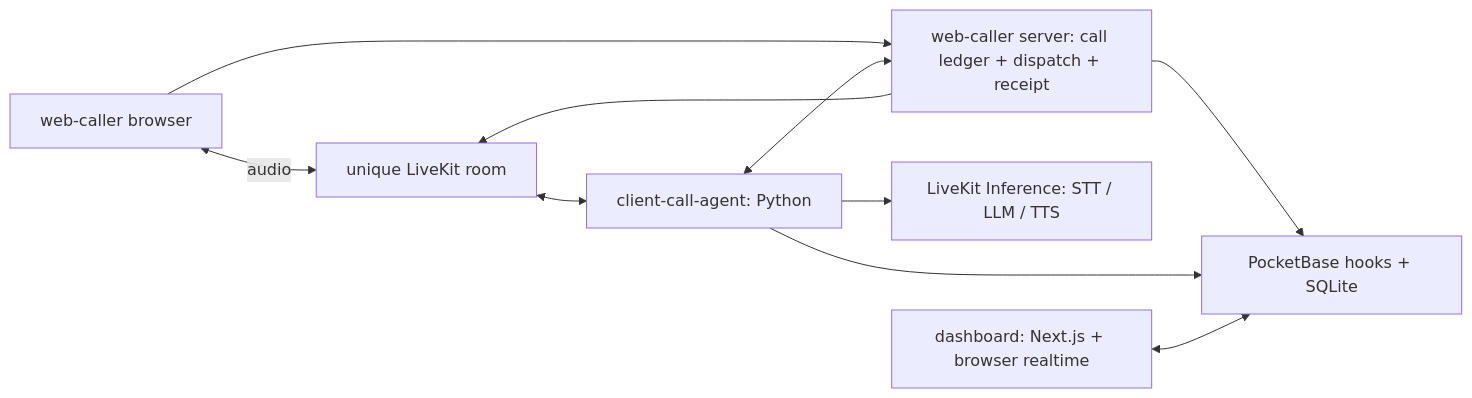
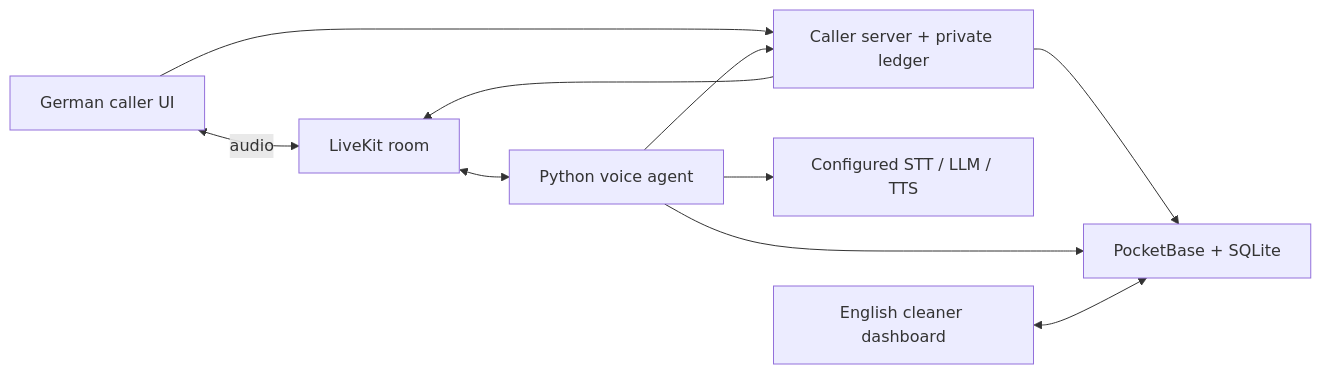
One commit to david-guerra/Yoshida changed the diagram in README.md. Above: the diagram before and after it, drawn with Mermaid. The commit also changed other lines of this file and 11 other files, not shown here.

````diff
--- a/README.md
+++ b/README.md
@@ -21,12 +53,12 @@
 ```mermaid
 flowchart LR
-    Caller[web-caller browser] <-->|audio| Room[unique LiveKit room]
-    Caller --> CallServer[web-caller server: call ledger + dispatch + receipt]
-    CallServer --> Room
-    Room <--> Agent[client-call-agent: Python]
-    Agent <--> CallServer
-    Agent --> Inference[LiveKit Inference: STT / LLM / TTS]
-    CallServer --> PB[PocketBase hooks + SQLite]
+    Browser[German caller UI] <-->|audio| Room[LiveKit room]
+    Browser --> Caller[Caller server + private ledger]
+    Caller --> Room
+    Room <--> Agent[Python voice agent]
+    Agent --> Caller
+    Agent --> Inference[Configured STT / LLM / TTS]
+    Caller --> PB[PocketBase + SQLite]
     Agent --> PB
-    Dashboard[dashboard: Next.js + browser realtime] <--> PB
+    Dashboard[English cleaner dashboard] <--> PB
 ```
````
